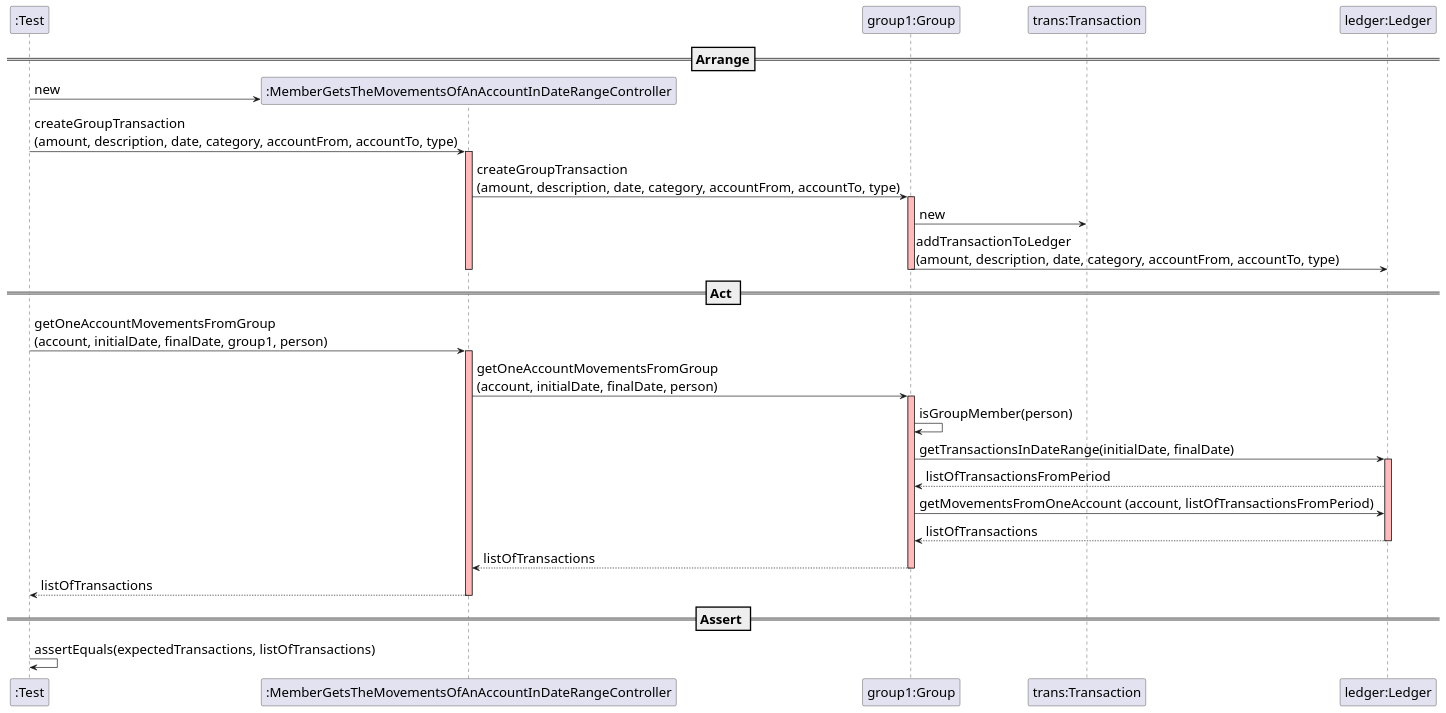
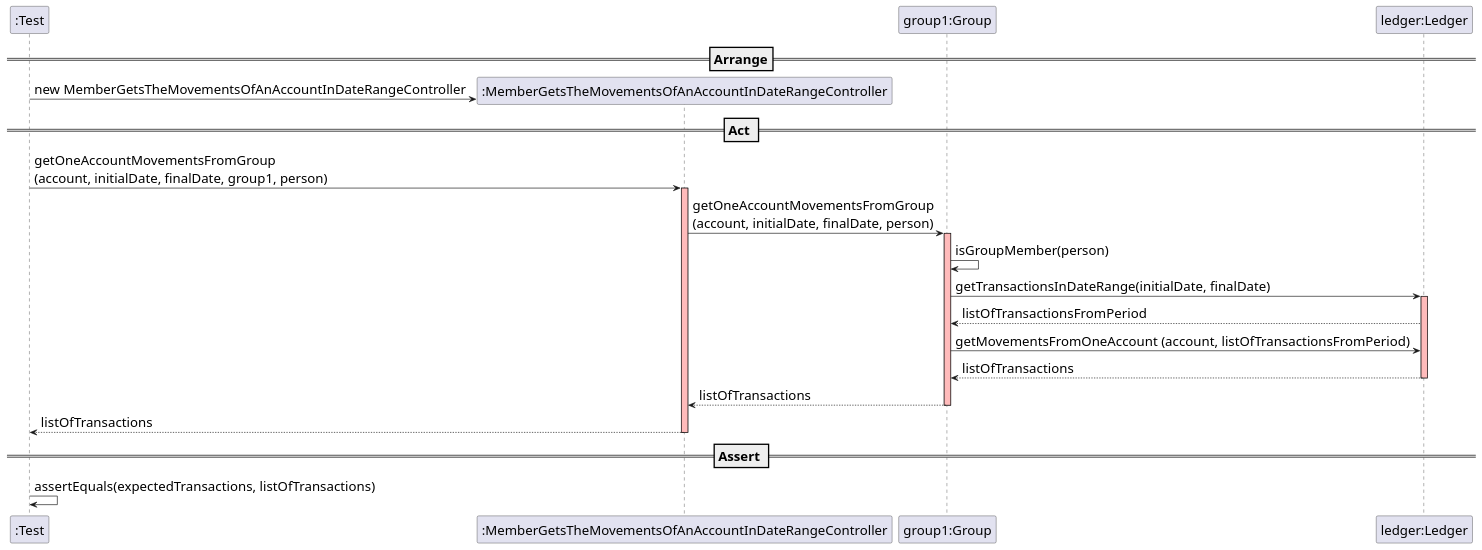
Before and after one commit to mleitaoribeiro/DevOpsMaven: the diagram in docs/SequenceDiagram - US010.2.puml, drawn with PlantUML.

Commit message:
ref #389 update

```diff
--- a/docs/SequenceDiagram - US010.2.puml
+++ b/docs/SequenceDiagram - US010.2.puml
@@ -1,50 +1,42 @@
 @startuml
 
 skinparam DefaultFontSize 20
 
 create ":Test"
 
 ==Arrange==
 
 create ":MemberGetsTheMovementsOfAnAccountInDateRangeController"
-":Test" -> ":MemberGetsTheMovementsOfAnAccountInDateRangeController" : new
+":Test" -> ":MemberGetsTheMovementsOfAnAccountInDateRangeController" : new MemberGetsTheMovementsOfAnAccountInDateRangeController
 
 participant "group1:Group"
-":Test" -> ":MemberGetsTheMovementsOfAnAccountInDateRangeController" : createGroupTransaction\n(amount, description, date, category, accountFrom, accountTo, type)
-activate ":MemberGetsTheMovementsOfAnAccountInDateRangeController" #FFBBBB
-":MemberGetsTheMovementsOfAnAccountInDateRangeController" -> "group1:Group" : createGroupTransaction\n(amount, description, date, category, accountFrom, accountTo, type)
-activate "group1:Group" #FFBBBB
 
-participant "trans:Transaction"
 participant "ledger:Ledger"
-"group1:Group" -> "trans:Transaction" : new
-"group1:Group" -> "ledger:Ledger" : addTransactionToLedger\n(amount, description, date, category, accountFrom, accountTo, type)
-deactivate "group1:Group" #FFBBBB
 deactivate ":MemberGetsTheMovementsOfAnAccountInDateRangeController" #FFBBBB
 
 == Act ==
 
 ":Test" -> ":MemberGetsTheMovementsOfAnAccountInDateRangeController" : getOneAccountMovementsFromGroup\n(account, initialDate, finalDate, group1, person)
 activate ":MemberGetsTheMovementsOfAnAccountInDateRangeController" #FFBBBB
 ":MemberGetsTheMovementsOfAnAccountInDateRangeController" -> "group1:Group" : getOneAccountMovementsFromGroup\n(account, initialDate, finalDate, person)
 activate "group1:Group" #FFBBBB
 
 "group1:Group" -> "group1:Group" : isGroupMember(person)
 
 "group1:Group" -> "ledger:Ledger" : getTransactionsInDateRange(initialDate, finalDate)
 activate "ledger:Ledger" #FFBBBB
 "ledger:Ledger" --> "group1:Group" : listOfTransactionsFromPeriod
 
 "group1:Group" -> "ledger:Ledger" : getMovementsFromOneAccount (account, listOfTransactionsFromPeriod)
 "ledger:Ledger" --> "group1:Group" : listOfTransactions
 deactivate "ledger:Ledger" #FFBBBB
 "group1:Group" --> ":MemberGetsTheMovementsOfAnAccountInDateRangeController" : listOfTransactions
 deactivate "group1:Group" #FFBBBB
 ":MemberGetsTheMovementsOfAnAccountInDateRangeController" --> ":Test" : listOfTransactions
 deactivate ":MemberGetsTheMovementsOfAnAccountInDateRangeController" #FFBBBB
 
 == Assert ==
 
 ":Test" -> ":Test" : assertEquals(expectedTransactions, listOfTransactions)
 
 @enduml
```
